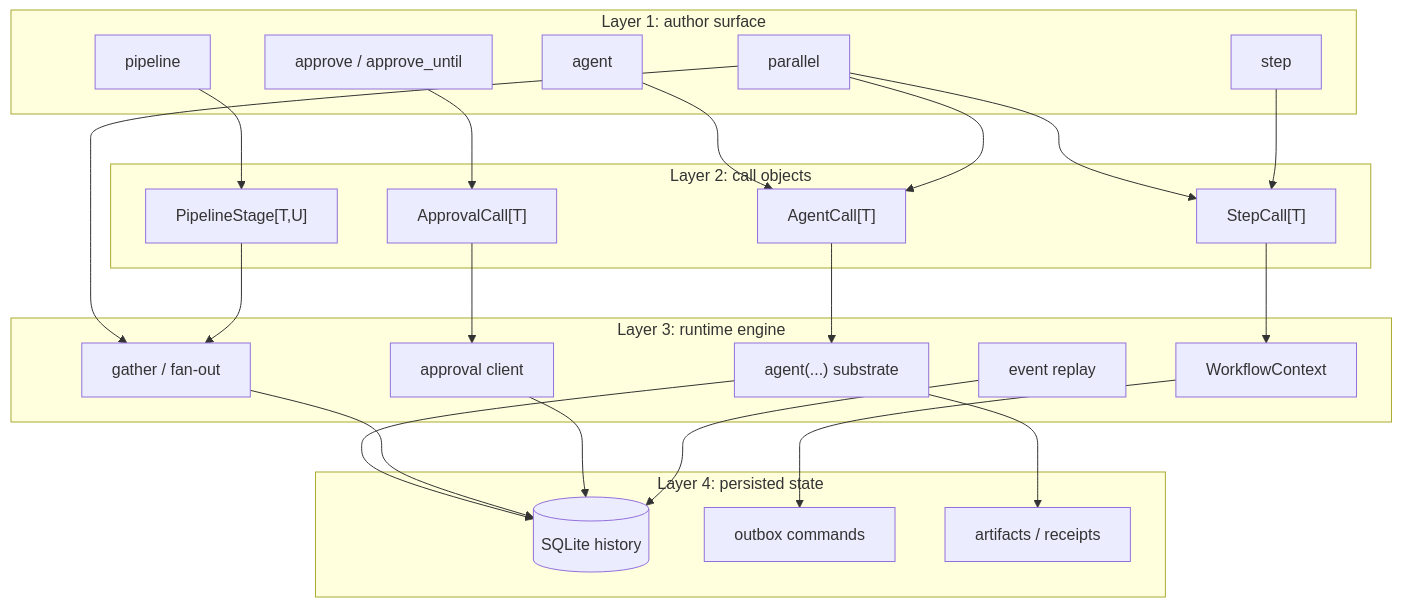
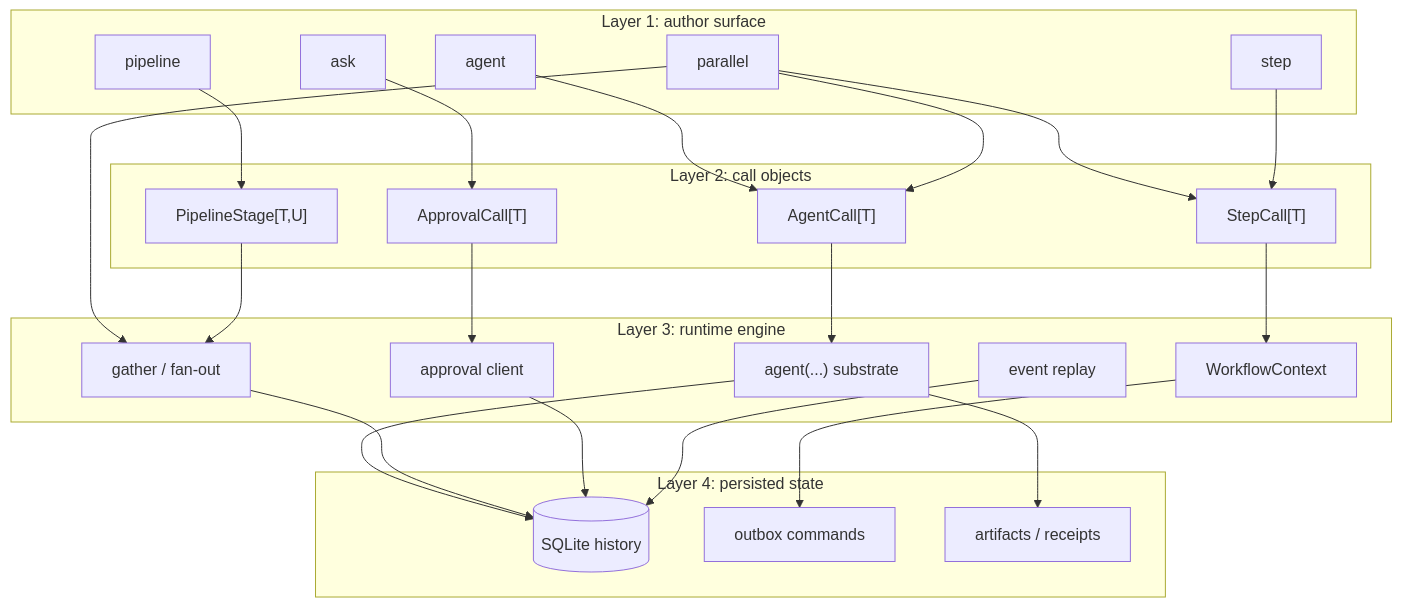
One commit to skylarbpayne/hermes-workflows changed the fourth of 13 diagrams in docs/plans/2026-06-12-agent-parallel-pipeline-api-visual-plan.md. Above: the diagram before and after it, drawn with Mermaid. The commit also changed other lines of this file and 5 other files, not shown here.

First line of the commit message:
Remove approve_until authoring surface

````diff
--- a/docs/plans/2026-06-12-agent-parallel-pipeline-api-visual-plan.md
+++ b/docs/plans/2026-06-12-agent-parallel-pipeline-api-visual-plan.md
@@ -188,45 +188,45 @@
 ```mermaid
 flowchart TB
     subgraph Surface["Layer 1: author surface"]
         F1["agent"]
         F2["parallel"]
         F3["pipeline"]
-        F4["approve / approve_until"]
+        F4["ask"]
         F5["step"]
     end
 
     subgraph Calls["Layer 2: call objects"]
         C1["AgentCall[T]"]
         C2["StepCall[T]"]
         C3["ApprovalCall[T]"]
         C4["PipelineStage[T,U]"]
     end
 
     subgraph Engine["Layer 3: runtime engine"]
         E1["WorkflowContext"]
         E2["agent(...) substrate"]
         E3["gather / fan-out"]
         E4["approval client"]
         E5["event replay"]
     end
 
     subgraph Storage["Layer 4: persisted state"]
         DB[("SQLite history")]
         OC["outbox commands"]
         AR["artifacts / receipts"]
     end
 
     F1 --> C1 --> E2
     F2 --> C1
     F2 --> C2
     F2 --> E3
     F3 --> C4 --> E3
     F4 --> C3 --> E4
     F5 --> C2 --> E1
     E2 --> DB
     E3 --> DB
     E4 --> DB
     E5 --> DB
     E1 --> OC
     E2 --> AR
 ```
````
